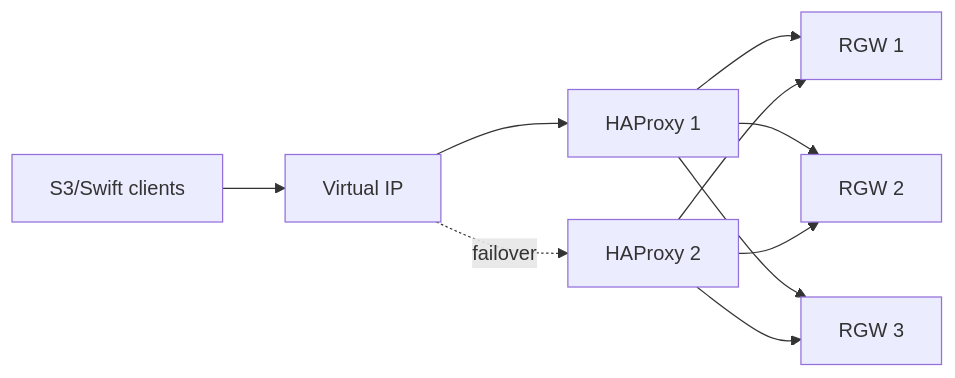
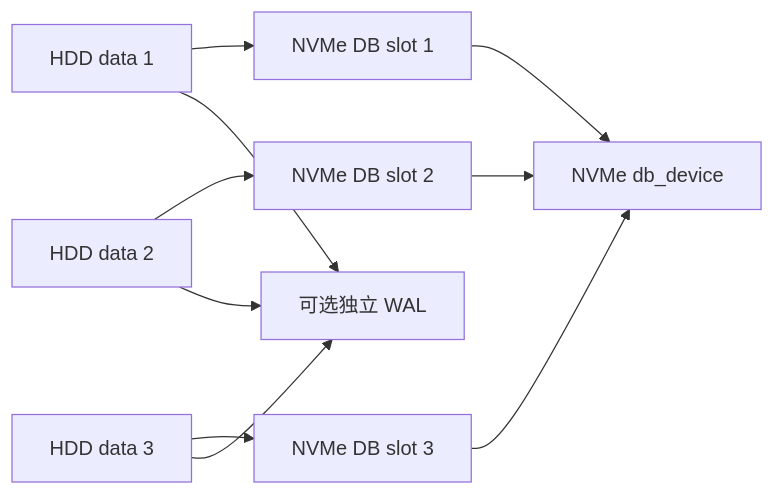
Before and after one commit to brinnatt/kubeauto: diagram 13 of 43 in docs/storage/ceph/02-cephadm.md, drawn with Mermaid. The commit also changed other lines of this file and 1 other file, not shown here.

````diff
--- a/docs/storage/ceph/02-cephadm.md
+++ b/docs/storage/ceph/02-cephadm.md
@@ -394,9 +645,8 @@
 ```mermaid
 flowchart LR
-  C[S3/Swift clients] --> VIP[Virtual IP]
-  VIP --> H1[HAProxy 1]
-  VIP -.failover.-> H2[HAProxy 2]
-  H1 & H2 --> R1[RGW 1]
-  H1 & H2 --> R2[RGW 2]
-  H1 & H2 --> R3[RGW 3]
+  H1[HDD data 1] --> S1[NVMe DB slot 1]
+  H2[HDD data 2] --> S2[NVMe DB slot 2]
+  H3[HDD data 3] --> S3[NVMe DB slot 3]
+  S1 & S2 & S3 --> NV[NVMe db_device]
+  H1 & H2 & H3 --> WAL[可选独立 WAL]
 ```
````
